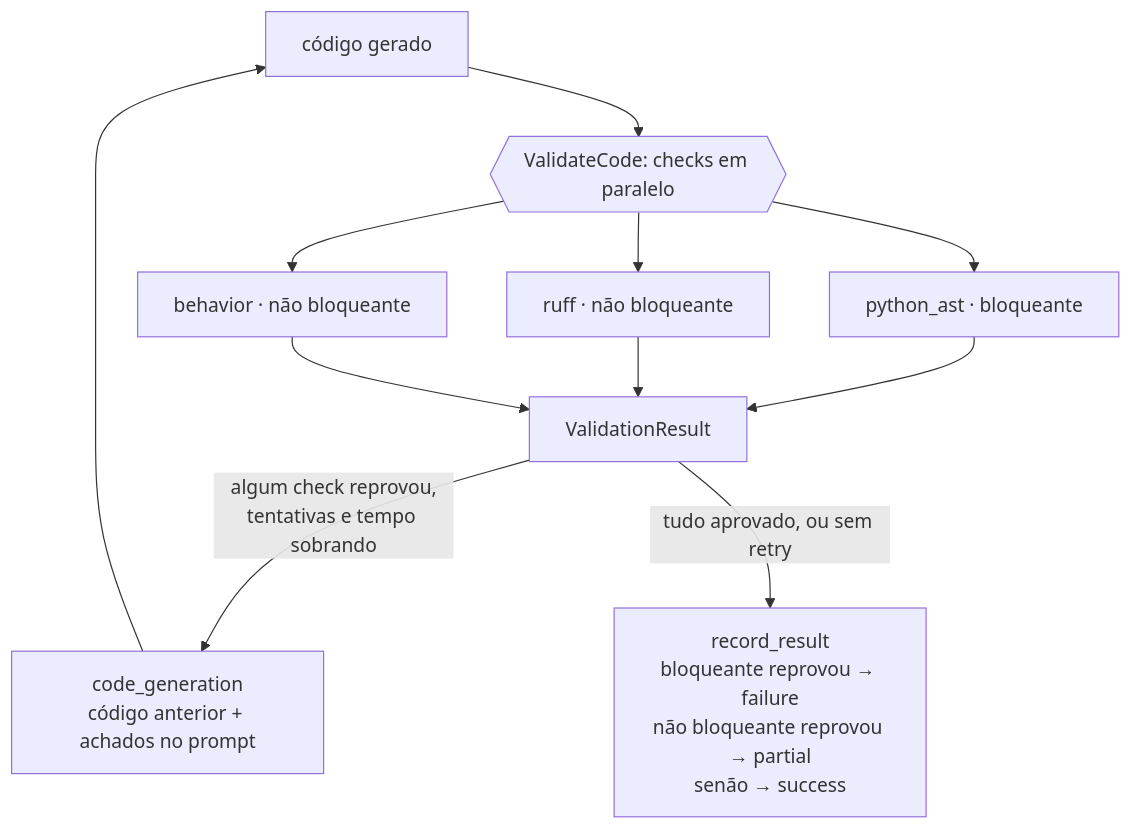
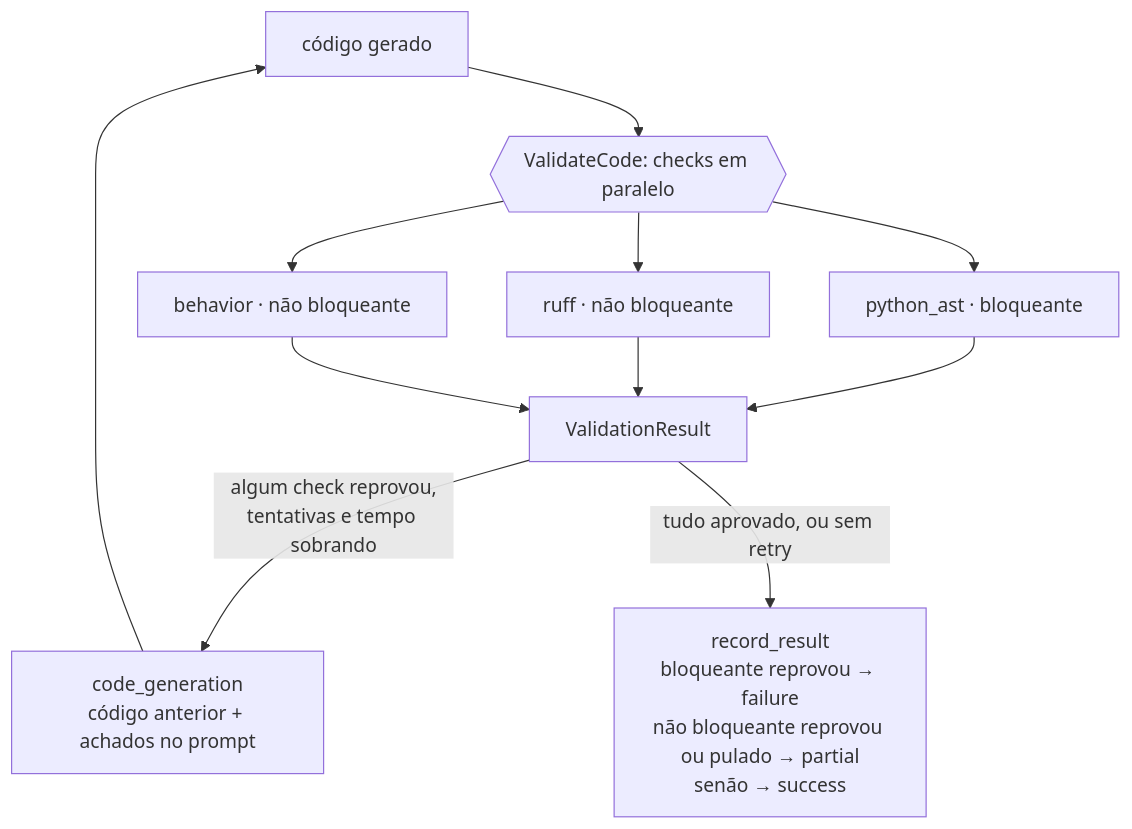
One commit to pedro-nuness/desafio-tecnico-sql-python changed the second of 3 diagrams in README.md. Above: the diagram before and after it, drawn with Mermaid. The commit also changed other lines of this file and 1 other file, not shown here.

````diff
--- a/README.md
+++ b/README.md
@@ -151,11 +126,11 @@
 ```mermaid
 flowchart TD
     code["código gerado"] --> gather{{"ValidateCode: checks em paralelo"}}
     gather --> ast["python_ast · bloqueante"]
     gather --> ruff["ruff · não bloqueante"]
     gather --> beh["behavior · não bloqueante"]
     ast & ruff & beh --> result["ValidationResult"]
     result -- "algum check reprovou,<br/>tentativas e tempo sobrando" --> regen["code_generation<br/>código anterior + achados no prompt"]
     regen --> code
-    result -- "tudo aprovado, ou sem retry" --> status["record_result<br/>bloqueante reprovou → failure<br/>não bloqueante reprovou → partial<br/>senão → success"]
+    result -- "tudo aprovado, ou sem retry" --> status["record_result<br/>bloqueante reprovou → failure<br/>não bloqueante reprovou ou pulado → partial<br/>senão → success"]
 ```
````
